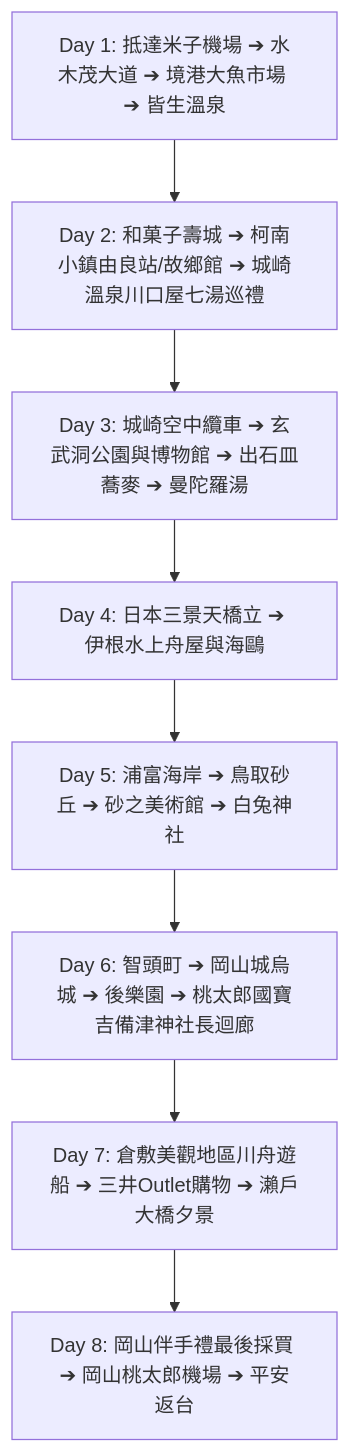
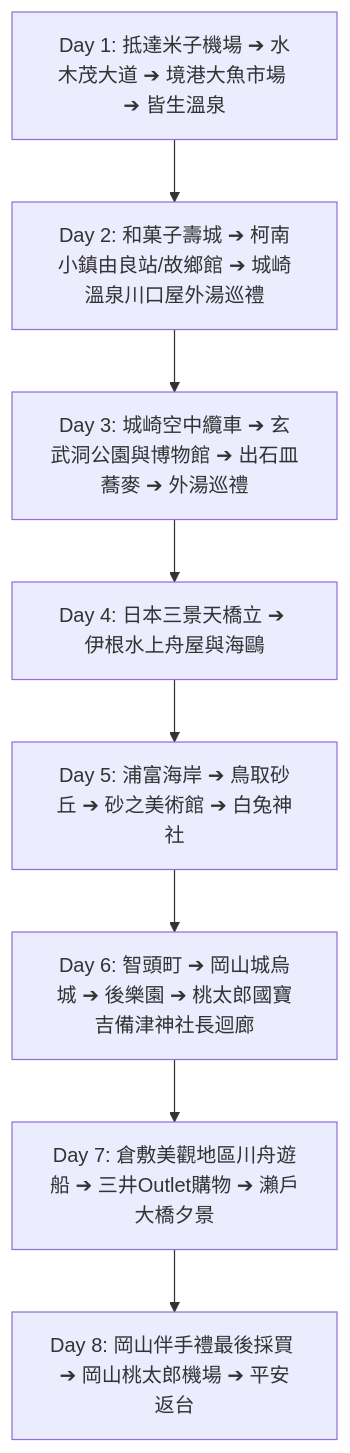
One commit to iamkeith001/sanin-trip-2027 changed the diagram in README.md. Above: the diagram before and after it, drawn with Mermaid. The commit also changed other lines of this file and 4 other files, not shown here.

````diff
--- a/README.md
+++ b/README.md
@@ -36,10 +36,10 @@
 ```mermaid
 graph TD
-    Day1[Day 1: 抵達米子機場 ➔ 水木茂大道 ➔ 境港大魚市場 ➔ 皆生溫泉] --> Day2[Day 2: 和菓子壽城 ➔ 柯南小鎮由良站/故鄉館 ➔ 城崎溫泉川口屋七湯巡禮]
-    Day2 --> Day3[Day 3: 城崎空中纜車 ➔ 玄武洞公園與博物館 ➔ 出石皿蕎麥 ➔ 曼陀羅湯]
+    Day1[Day 1: 抵達米子機場 ➔ 水木茂大道 ➔ 境港大魚市場 ➔ 皆生溫泉] --> Day2[Day 2: 和菓子壽城 ➔ 柯南小鎮由良站/故鄉館 ➔ 城崎溫泉川口屋外湯巡禮]
+    Day2 --> Day3[Day 3: 城崎空中纜車 ➔ 玄武洞公園與博物館 ➔ 出石皿蕎麥 ➔ 外湯巡禮]
     Day3 --> Day4[Day 4: 日本三景天橋立 ➔ 伊根水上舟屋與海鷗]
     Day4 --> Day5[Day 5: 浦富海岸 ➔ 鳥取砂丘 ➔ 砂之美術館 ➔ 白兔神社]
     Day5 --> Day6[Day 6: 智頭町 ➔ 岡山城烏城 ➔ 後樂園 ➔ 桃太郎國寶吉備津神社長迴廊]
     Day6 --> Day7[Day 7: 倉敷美觀地區川舟遊船 ➔ 三井Outlet購物 ➔ 瀨戶大橋夕景]
     Day7 --> Day8[Day 8: 岡山伴手禮最後採買 ➔ 岡山桃太郎機場 ➔ 平安返台]
 ```
````
